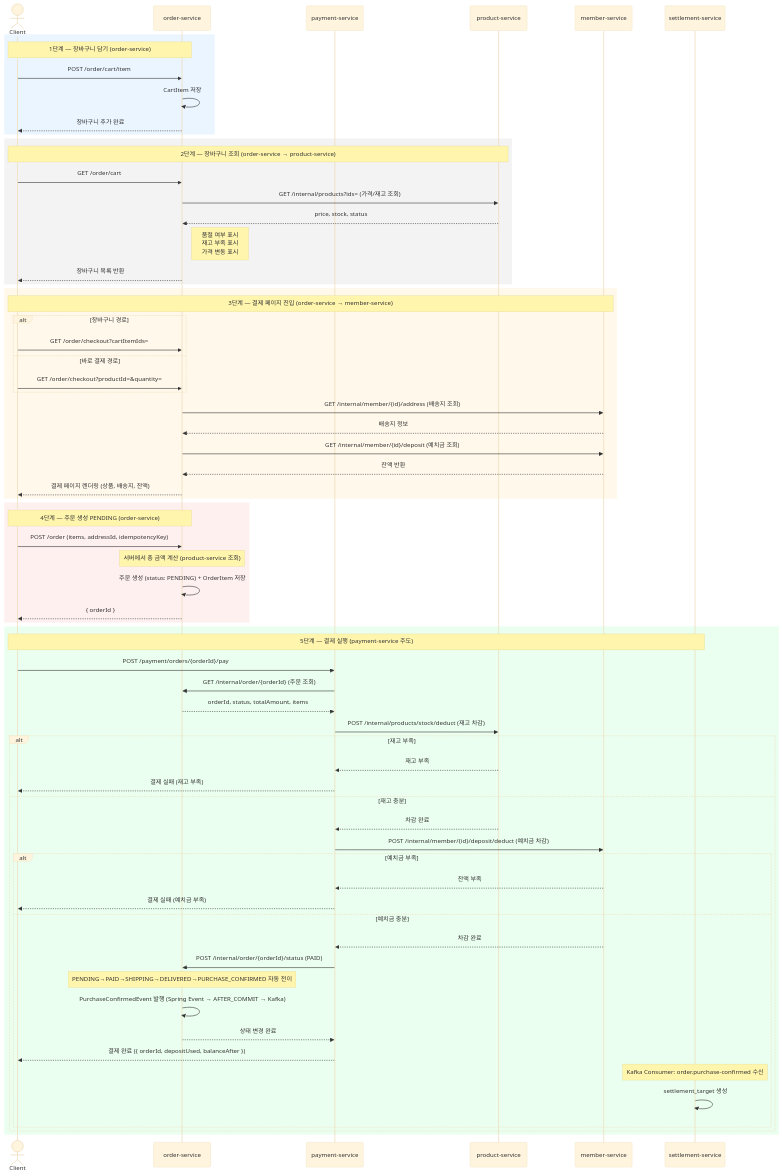
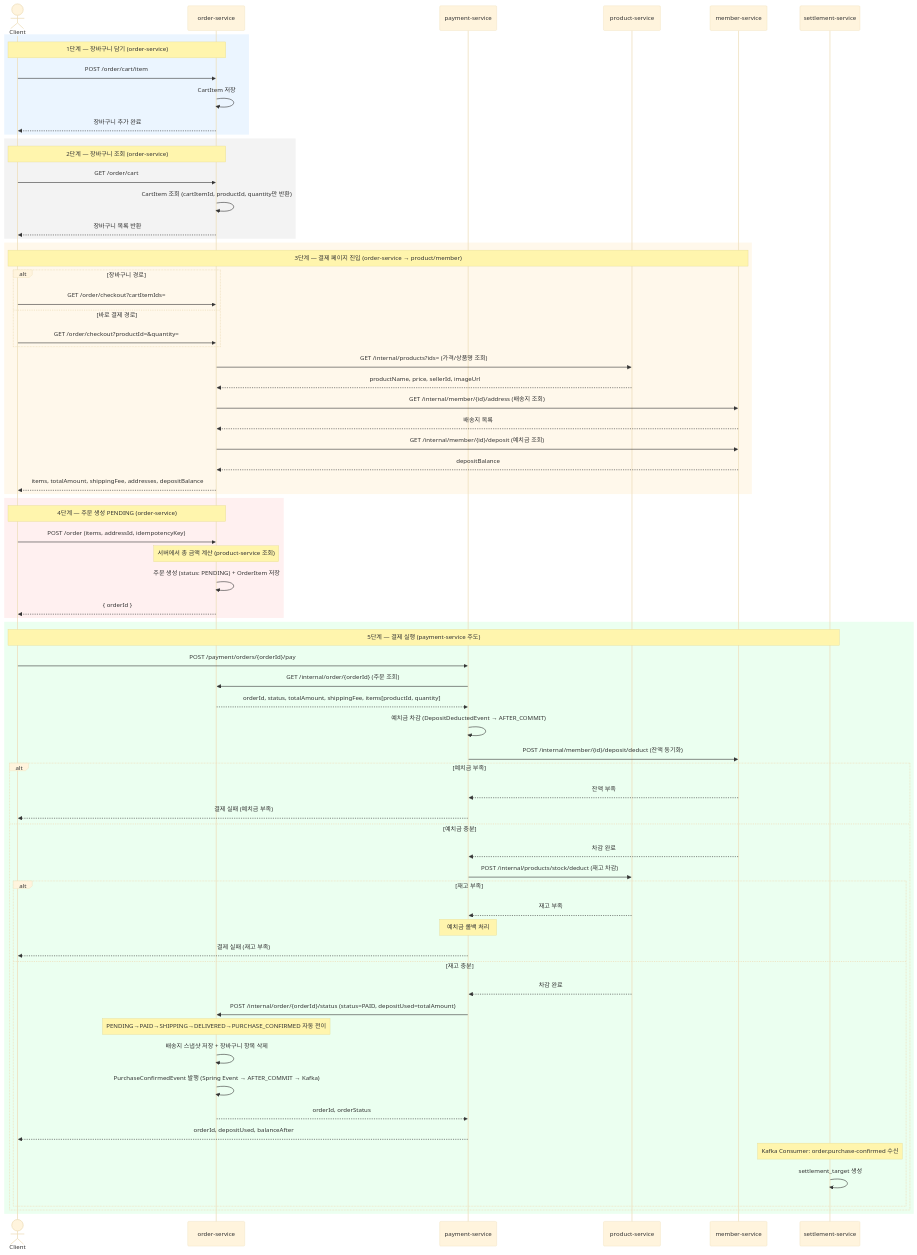
One commit to prgrms-be-adv-devcourse/beadv5_5_404_Not_Found_BE changed the first of 3 diagrams in docs/OrderPaymentFlow.md. Above: the diagram before and after it, drawn with Mermaid (base theme). The commit also changed other lines of this file and 1 other file, not shown here.

First line of the commit message:
docs: 주문-결제 플로우 실제 구현 기준으로 문서 보정

````diff
--- a/docs/OrderPaymentFlow.md
+++ b/docs/OrderPaymentFlow.md
@@ -32,75 +33,78 @@
 ```mermaid
 sequenceDiagram
     actor Client
     participant Order as order-service
     participant Payment as payment-service
     participant Product as product-service
     participant Member as member-service
     participant Settlement as settlement-service
 
     rect rgb(235, 245, 255)
         Note over Client,Order: 1단계 — 장바구니 담기 (order-service)
         Client->>Order: POST /order/cart/item
         Order->>Order: CartItem 저장
         Order-->>Client: 장바구니 추가 완료
     end
 
     rect rgb(243, 243, 243)
-        Note over Client,Product: 2단계 — 장바구니 조회 (order-service → product-service)
+        Note over Client,Order: 2단계 — 장바구니 조회 (order-service)
         Client->>Order: GET /order/cart
-        Order->>Product: GET /internal/products?ids= (가격/재고 조회)
-        Product-->>Order: price, stock, status
-        Note right of Order: 품절 여부 표시<br/>재고 부족 표시<br/>가격 변동 표시
+        Order->>Order: CartItem 조회 (cartItemId, productId, quantity만 반환)
         Order-->>Client: 장바구니 목록 반환
     end
 
     rect rgb(255, 248, 235)
-        Note over Client,Member: 3단계 — 결제 페이지 진입 (order-service → member-service)
+        Note over Client,Member: 3단계 — 결제 페이지 진입 (order-service → product/member)
         alt 장바구니 경로
             Client->>Order: GET /order/checkout?cartItemIds=
         else 바로 결제 경로
             Client->>Order: GET /order/checkout?productId=&quantity=
         end
+        Order->>Product: GET /internal/products?ids= (가격/상품명 조회)
+        Product-->>Order: productName, price, sellerId, imageUrl
         Order->>Member: GET /internal/member/{id}/address (배송지 조회)
-        Member-->>Order: 배송지 정보
+        Member-->>Order: 배송지 목록
         Order->>Member: GET /internal/member/{id}/deposit (예치금 조회)
-        Member-->>Order: 잔액 반환
-        Order-->>Client: 결제 페이지 렌더링 (상품, 배송지, 잔액)
+        Member-->>Order: depositBalance
+        Order-->>Client: items, totalAmount, shippingFee, addresses, depositBalance
     end
 
     rect rgb(255, 240, 240)
         Note over Client,Order: 4단계 — 주문 생성 PENDING (order-service)
         Client->>Order: POST /order (items, addressId, idempotencyKey)
         Note over Order: 서버에서 총 금액 계산 (product-service 조회)
         Order->>Order: 주문 생성 (status: PENDING) + OrderItem 저장
         Order-->>Client: { orderId }
     end
 
     rect rgb(235, 255, 240)
         Note over Client,Settlement: 5단계 — 결제 실행 (payment-service 주도)
         Client->>Payment: POST /payment/orders/{orderId}/pay
         Payment->>Order: GET /internal/order/{orderId} (주문 조회)
-        Order-->>Payment: orderId, status, totalAmount, items
-        Payment->>Product: POST /internal/products/stock/deduct (재고 차감)
-        alt 재고 부족
-            Product-->>Payment: 재고 부족
-            Payment-->>Client: 결제 실패 (재고 부족)
-        else 재고 충분
-            Product-->>Payment: 차감 완료
-            Payment->>Member: POST /internal/member/{id}/deposit/deduct (예치금 차감)
-            alt 예치금 부족
-                Member-->>Payment: 잔액 부족
-                Payment-->>Client: 결제 실패 (예치금 부족)
-            else 예치금 충분
-                Member-->>Payment: 차감 완료
-                Payment->>Order: POST /internal/order/{orderId}/status (PAID)
+        Order-->>Payment: orderId, status, totalAmount, shippingFee, items[productId, quantity]
+        Payment->>Payment: 예치금 차감 (DepositDeductedEvent → AFTER_COMMIT)
+        Payment->>Member: POST /internal/member/{id}/deposit/deduct (잔액 동기화)
+        alt 예치금 부족
+            Member-->>Payment: 잔액 부족
+            Payment-->>Client: 결제 실패 (예치금 부족)
+        else 예치금 충분
+            Member-->>Payment: 차감 완료
+            Payment->>Product: POST /internal/products/stock/deduct (재고 차감)
+            alt 재고 부족
+                Product-->>Payment: 재고 부족
+                Note over Payment: 예치금 롤백 처리
+                Payment-->>Client: 결제 실패 (재고 부족)
+            else 재고 충분
+                Product-->>Payment: 차감 완료
+                Payment->>Order: POST /internal/order/{orderId}/status (status=PAID, depositUsed=totalAmount)
                 Note over Order: PENDING→PAID→SHIPPING→DELIVERED→PURCHASE_CONFIRMED 자동 전이
+                Order->>Order: 배송지 스냅샷 저장 + 장바구니 항목 삭제
                 Order->>Order: PurchaseConfirmedEvent 발행 (Spring Event → AFTER_COMMIT → Kafka)
-                Order-->>Payment: 상태 변경 완료
-                Payment-->>Client: 결제 완료 ({ orderId, depositUsed, balanceAfter })
+                Order-->>Payment: orderId, orderStatus
+                Payment-->>Client: orderId, depositUsed, balanceAfter
                 Note over Settlement: Kafka Consumer: order.purchase-confirmed 수신
                 Settlement->>Settlement: settlement_target 생성
             end
         end
     end
 ```
````
